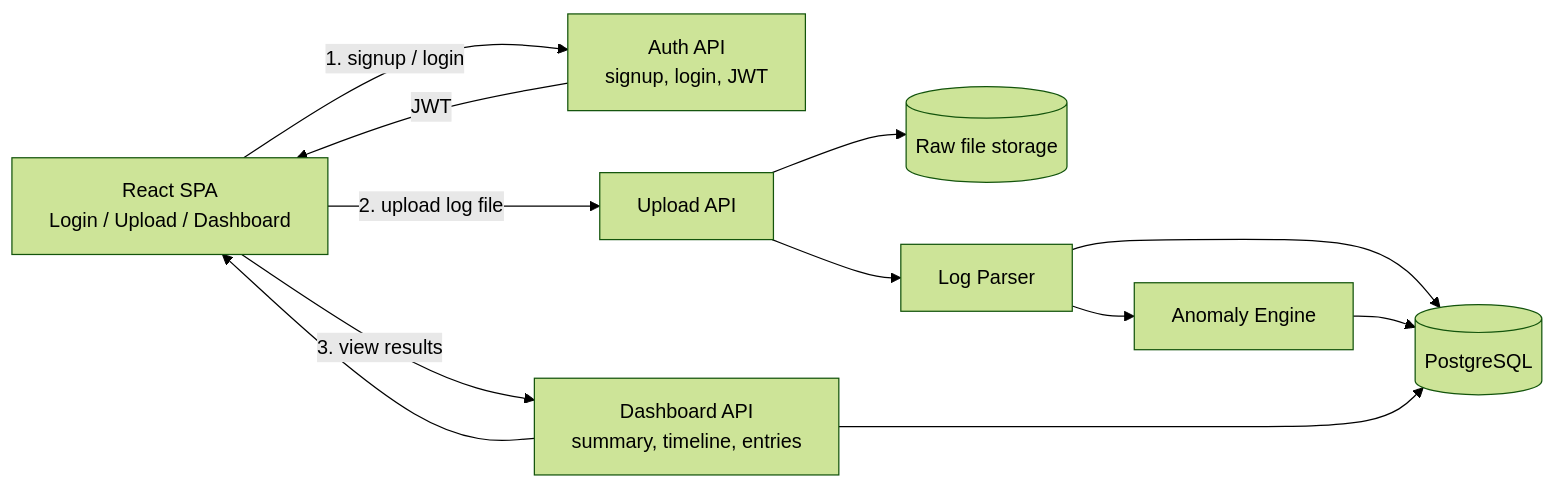
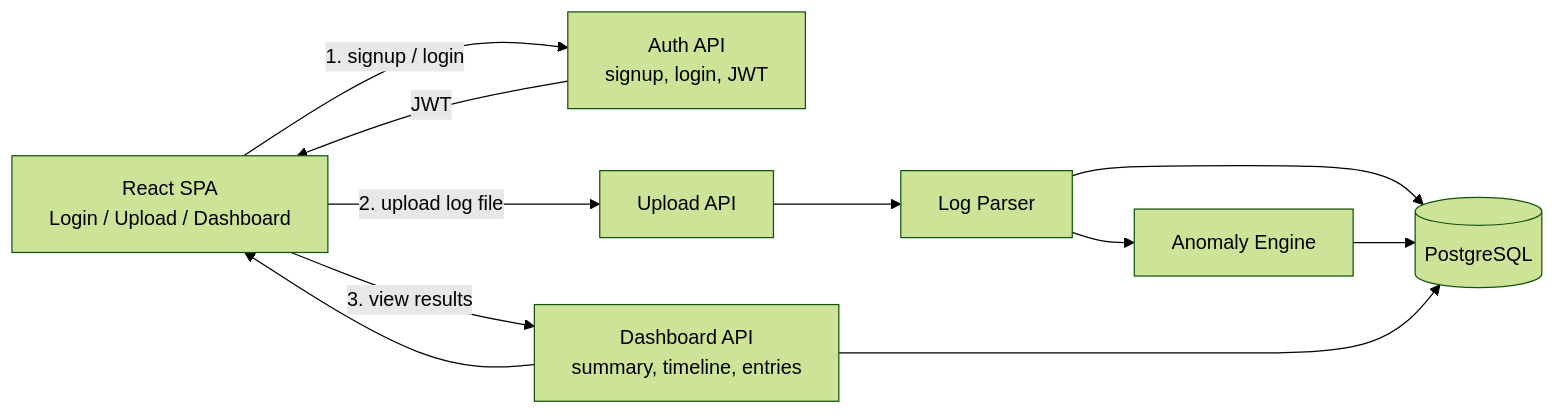
Before and after one commit to AkashRupapara/LogInsight: the diagram in README.md, drawn with Mermaid (forest theme). The commit also changed other lines of this file and 11 other files, not shown here.

````diff
--- a/README.md
+++ b/README.md
@@ -7,23 +7,21 @@
 ```mermaid
 flowchart LR
     UI["React SPA<br/>Login / Upload / Dashboard"]
     AUTH["Auth API<br/>signup, login, JWT"]
     UPLOAD["Upload API"]
-    STORAGE[("Raw file storage")]
     PARSER["Log Parser"]
     ANOMALY["Anomaly Engine"]
     DB[("PostgreSQL")]
     DASH["Dashboard API<br/>summary, timeline, entries"]
 
     UI -->|"1. signup / login"| AUTH
     AUTH -->|JWT| UI
     UI -->|"2. upload log file"| UPLOAD
-    UPLOAD --> STORAGE
     UPLOAD --> PARSER
     PARSER --> DB
     PARSER --> ANOMALY
     ANOMALY --> DB
     UI -->|"3. view results"| DASH
     DASH --> DB
     DASH --> UI
 ```
````
